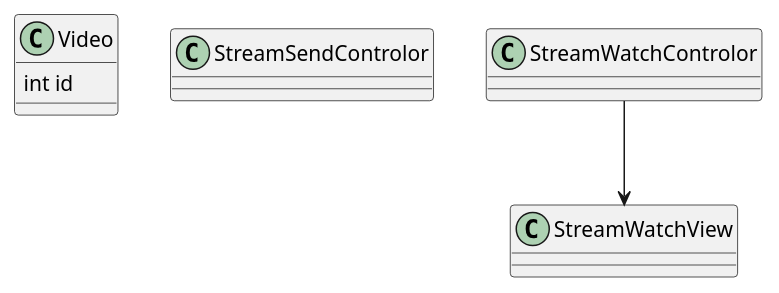
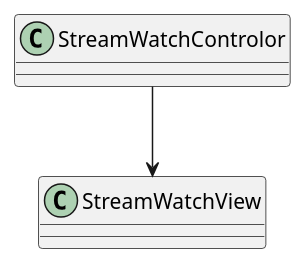
The diagram in 01_doc/03_Class/class_diagram.md (kazogihara/Spies), drawn with PlantUML before and after one commit. The commit also changed other lines of this file and 5 other files, not shown here.

```diff
--- a/01_doc/03_Class/class_diagram.md
+++ b/01_doc/03_Class/class_diagram.md
@@ -1,16 +2,10 @@
 @startuml
-class Video{
-    int id
-}
-class StreamSendControlor{
-
-}
 class StreamWatchControlor{
 
 }
 class StreamWatchView{
 
 }
 
 StreamWatchControlor --> StreamWatchView
 @enduml
```
